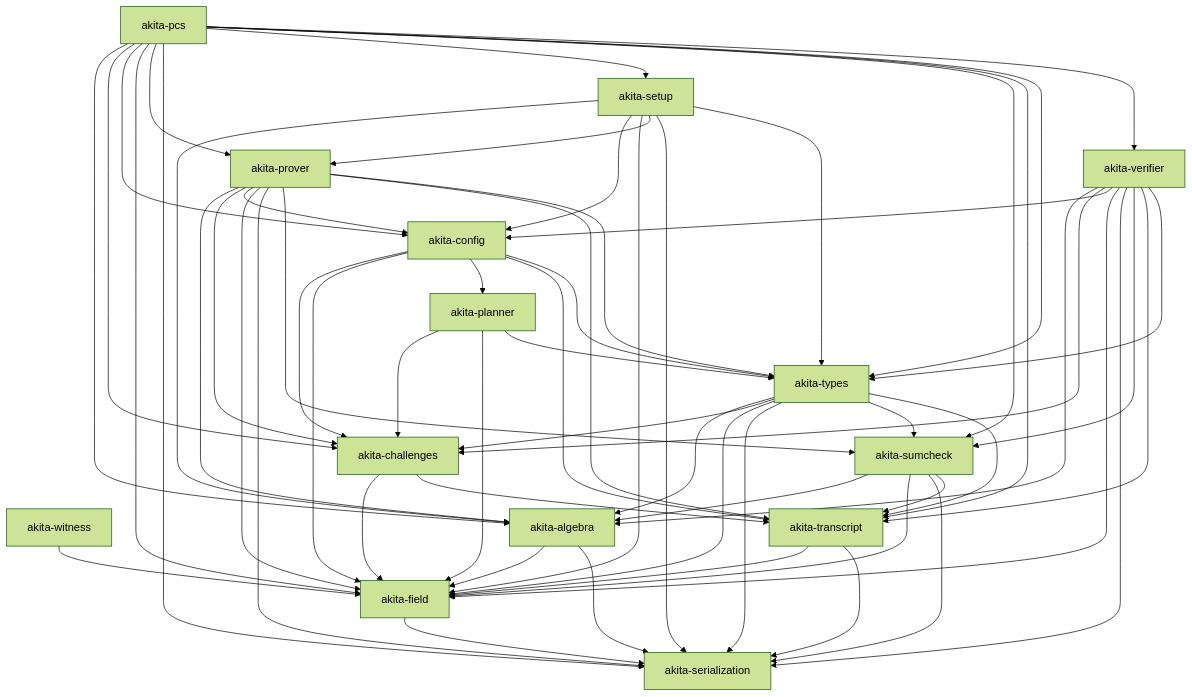
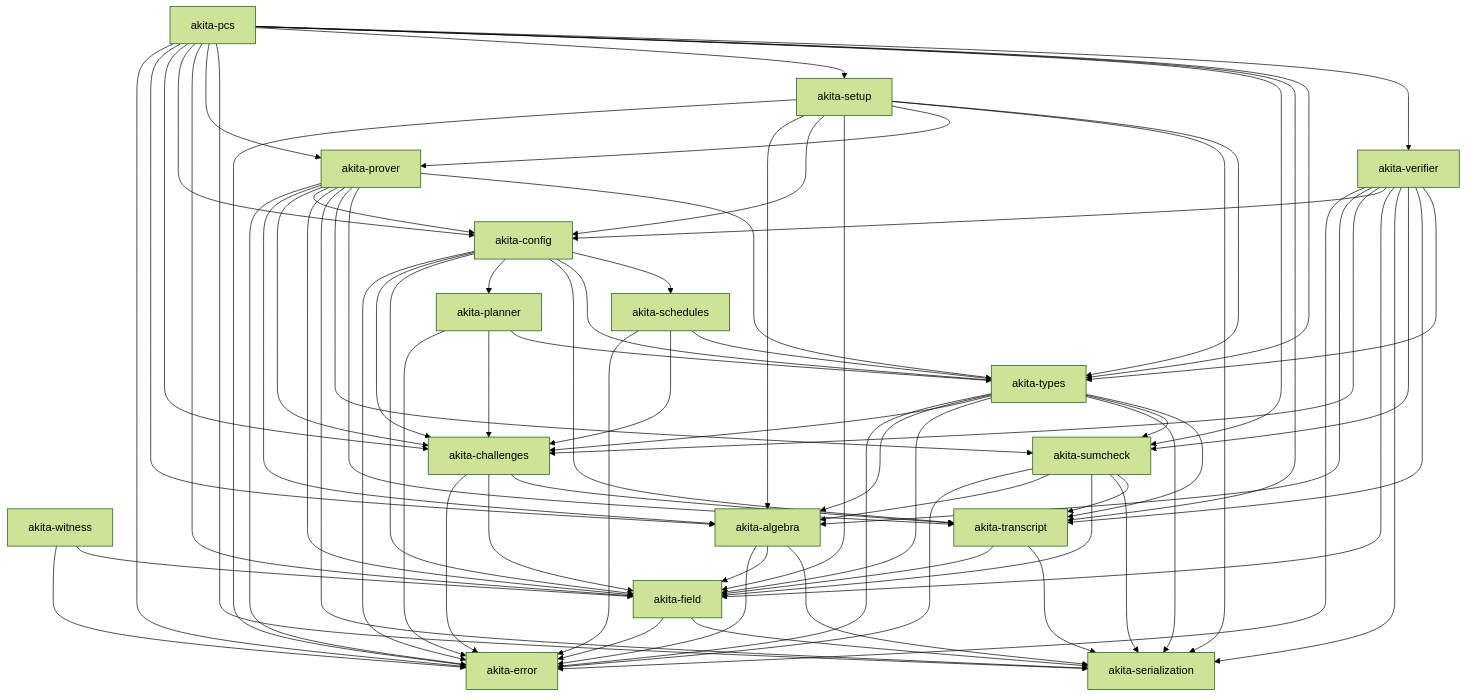
The diagram in docs/crate-graph.md (LayerZero-Labs/akita), drawn with Mermaid (forest theme) before and after one commit. The commit also changed other lines of this file and 291 other files, not shown here.

````diff
--- a/docs/crate-graph.md
+++ b/docs/crate-graph.md
@@ -34,5 +35,6 @@
 ```mermaid
 graph TD
+  Error["akita-error"]
   Ser["akita-serialization"]
   Field["akita-field"]
   Witness["akita-witness"]
@@ -42,38 +44,51 @@
   Sumcheck["akita-sumcheck"]
   Types["akita-types"]
   Planner["akita-planner"]
+  Schedules["akita-schedules"]
   Config["akita-config"]
   Verifier["akita-verifier"]
   Prover["akita-prover"]
   Setup["akita-setup"]
   Pcs["akita-pcs"]
 
+  Field --> Error
   Field --> Ser
+  Witness --> Error
   Witness --> Field
+  Algebra --> Error
   Algebra --> Field
   Algebra --> Ser
   Transcript --> Field
   Transcript --> Ser
+  Challenges --> Error
   Challenges --> Field
   Challenges --> Transcript
+  Sumcheck --> Error
   Sumcheck --> Algebra
   Sumcheck --> Field
   Sumcheck --> Ser
   Sumcheck --> Transcript
+  Types --> Error
   Types --> Algebra
   Types --> Challenges
   Types --> Field
   Types --> Ser
   Types --> Sumcheck
   Types --> Transcript
+  Planner --> Error
   Planner --> Challenges
-  Planner --> Field
   Planner --> Types
+  Schedules --> Error
+  Schedules --> Challenges
+  Schedules --> Types
+  Config --> Error
   Config --> Challenges
   Config --> Field
   Config --> Planner
   Config --> Transcript
   Config --> Types
+  Config --> Schedules
+  Verifier --> Error
   Verifier --> Algebra
   Verifier --> Challenges
   Verifier --> Config
@@ -82,6 +97,7 @@
   Verifier --> Sumcheck
   Verifier --> Transcript
   Verifier --> Types
+  Prover --> Error
   Prover --> Algebra
   Prover --> Challenges
   Prover --> Config
@@ -90,12 +106,14 @@
   Prover --> Sumcheck
   Prover --> Transcript
   Prover --> Types
+  Setup --> Error
   Setup --> Algebra
   Setup --> Config
   Setup --> Field
   Setup --> Prover
   Setup --> Ser
   Setup --> Types
+  Pcs --> Error
   Pcs --> Algebra
   Pcs --> Challenges
   Pcs --> Config
````
